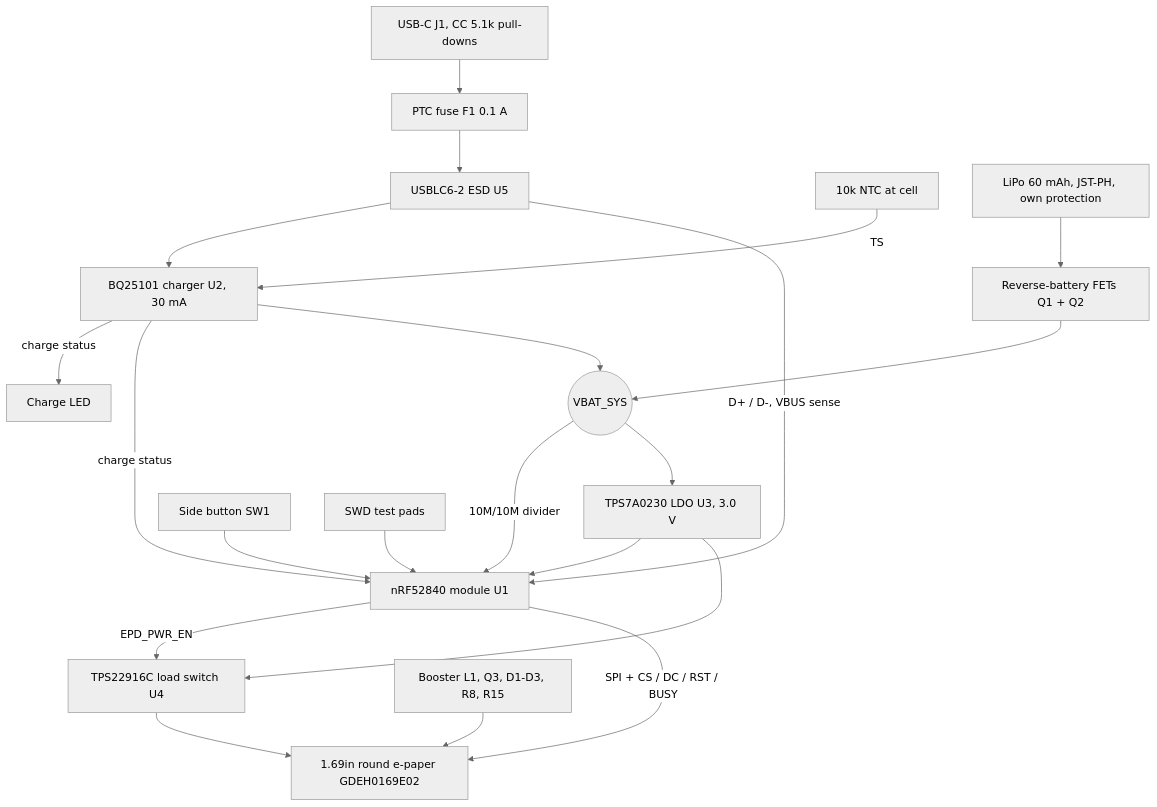
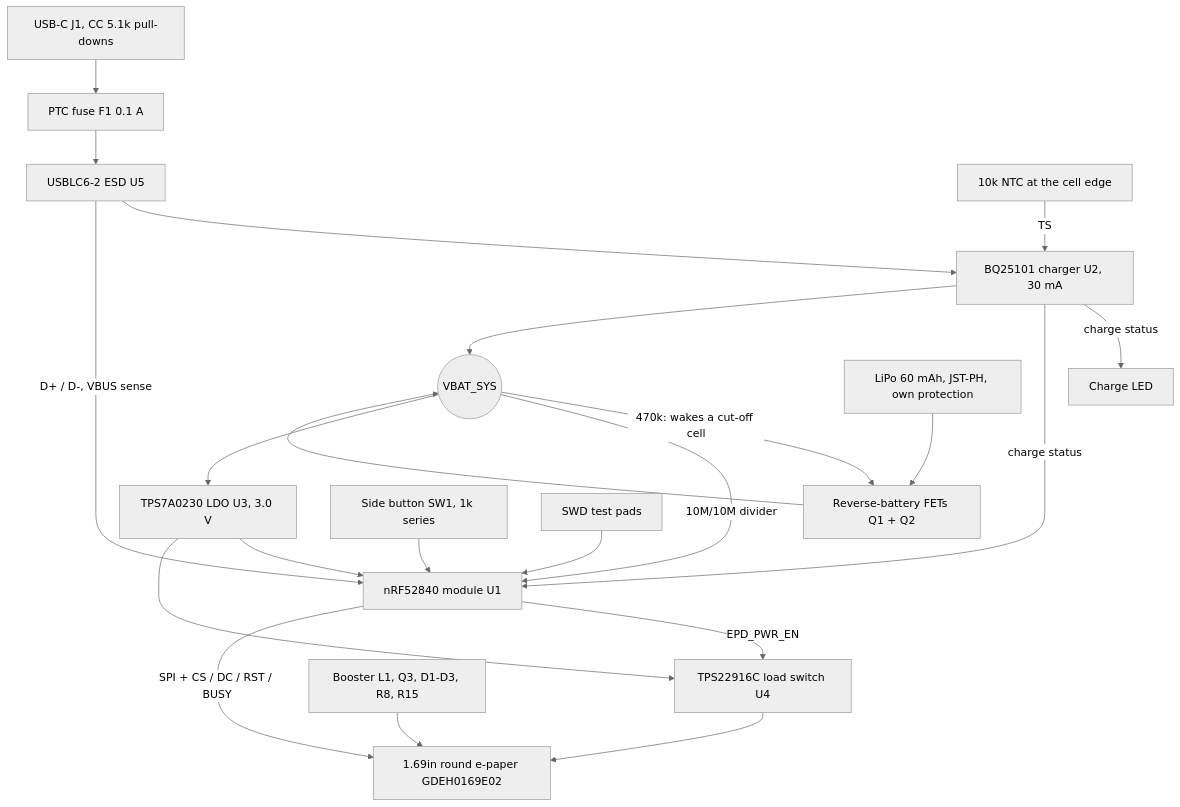
The diagram in hardware/README.md (DevonHope/Open-E-Pin), drawn with Mermaid (neutral theme) before and after one commit. The commit also changed other lines of this file and 47 other files, not shown here.

````diff
--- a/hardware/README.md
+++ b/hardware/README.md
@@ -70,23 +79,24 @@
 ```mermaid
 flowchart TD
     USB["USB-C J1, CC 5.1k pull-downs"] --> F1["PTC fuse F1 0.1 A"]
     F1 --> ESD["USBLC6-2 ESD U5"]
     ESD --> CHG["BQ25101 charger U2, 30 mA"]
     ESD -- "D+ / D-, VBUS sense" --> MCU
-    NTC["10k NTC at cell"] -- TS --> CHG
+    NTC["10k NTC at the cell edge"] -- TS --> CHG
     CHG -- "charge status" --> LED["Charge LED"]
     CHG -- "charge status" --> MCU
     CHG --> VSYS(("VBAT_SYS"))
     BAT["LiPo 60 mAh, JST-PH, own protection"] --> RP["Reverse-battery FETs Q1 + Q2"]
     RP --> VSYS
+    VSYS -- "470k: wakes a cut-off cell" --> RP
     VSYS -- "10M/10M divider" --> MCU
     VSYS --> LDO["TPS7A0230 LDO U3, 3.0 V"]
     LDO --> MCU["nRF52840 module U1"]
     LDO --> LSW["TPS22916C load switch U4"]
     MCU -- "EPD_PWR_EN" --> LSW
     LSW --> EPD["1.69in round e-paper GDEH0169E02"]
     BOOST["Booster L1, Q3, D1-D3, R8, R15"] --> EPD
     MCU -- "SPI + CS / DC / RST / BUSY" --> EPD
-    BTN["Side button SW1"] --> MCU
+    BTN["Side button SW1, 1k series"] --> MCU
     SWD["SWD test pads"] --> MCU
 ```
````
